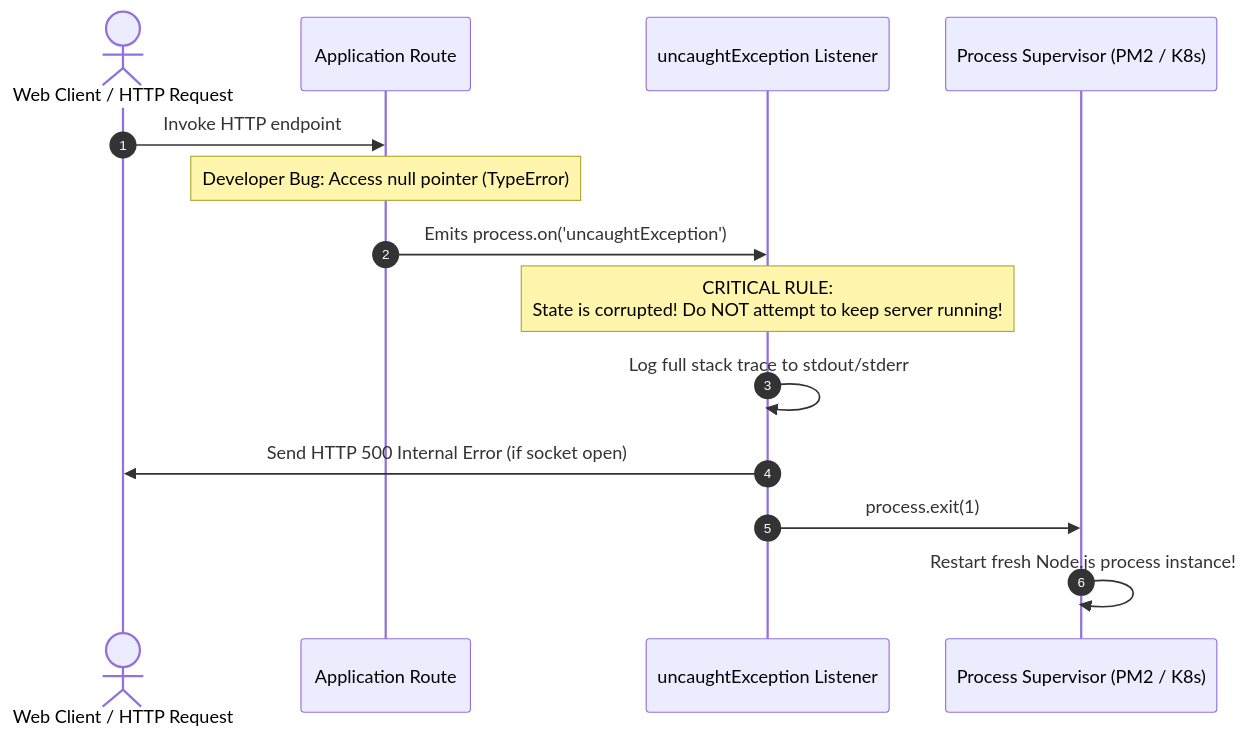
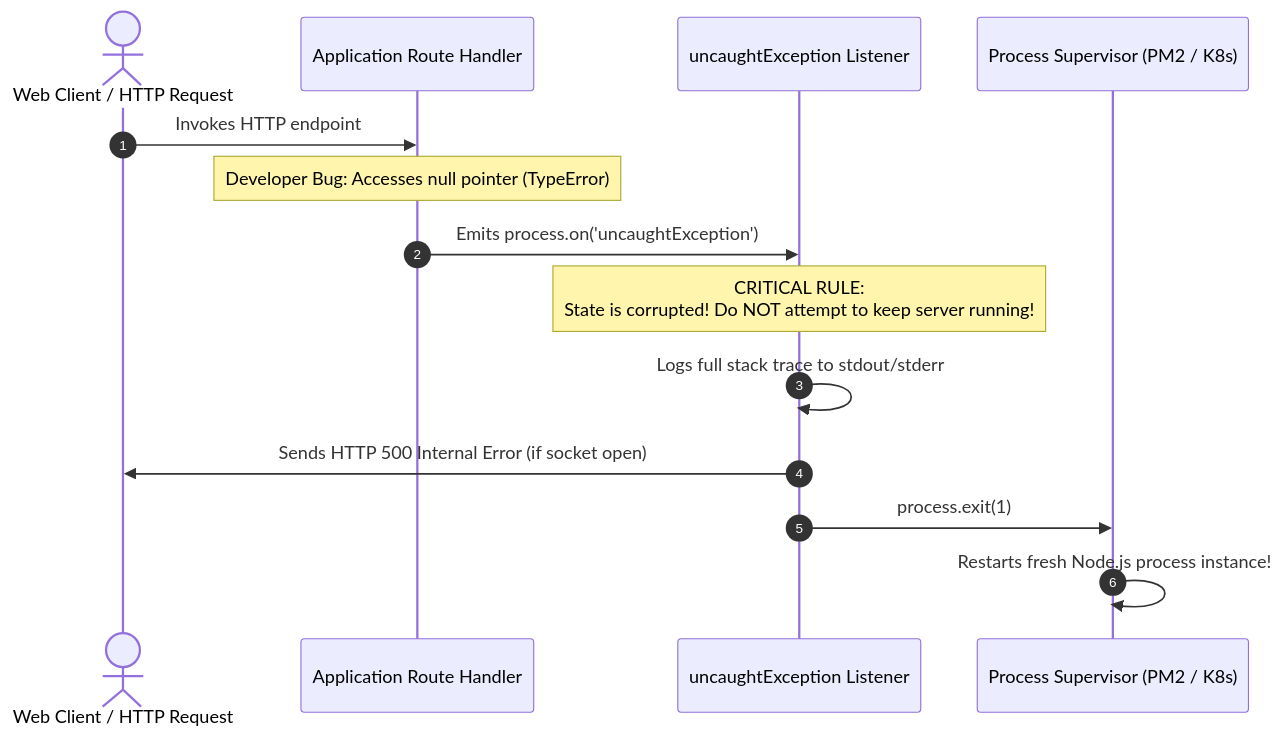
Before and after one commit to Amie-dev/engineering-playbook: the second of 2 diagrams in nodejs-notes/26-error-handling-node.md, drawn with Mermaid. The commit also changed other lines of this file and 31 other files, not shown here.

````diff
--- a/nodejs-notes/26-error-handling-node.md
+++ b/nodejs-notes/26-error-handling-node.md
@@ -36,19 +41,19 @@
 ```mermaid
 sequenceDiagram
     autonumber
     actor Client as Web Client / HTTP Request
-    participant App as Application Route
+    participant App as Application Route Handler
     participant Handler as uncaughtException Listener
     participant Sup as Process Supervisor (PM2 / K8s)
 
-    Client->>App: Invoke HTTP endpoint
-    Note over App: Developer Bug: Access null pointer (TypeError)
+    Client->>App: Invokes HTTP endpoint
+    note over App: Developer Bug: Accesses null pointer (TypeError)
     App->>Handler: Emits process.on('uncaughtException')
     
-    Note over Handler: CRITICAL RULE:<br/>State is corrupted! Do NOT attempt to keep server running!
+    note over Handler: CRITICAL RULE:<br/>State is corrupted! Do NOT attempt to keep server running!
     
-    Handler->>Handler: Log full stack trace to stdout/stderr
-    Handler->>Client: Send HTTP 500 Internal Error (if socket open)
+    Handler->>Handler: Logs full stack trace to stdout/stderr
+    Handler->>Client: Sends HTTP 500 Internal Error (if socket open)
     Handler->>Sup: process.exit(1)
-    Sup->>Sup: Restart fresh Node.js process instance!
+    Sup->>Sup: Restarts fresh Node.js process instance!
 ```
````
